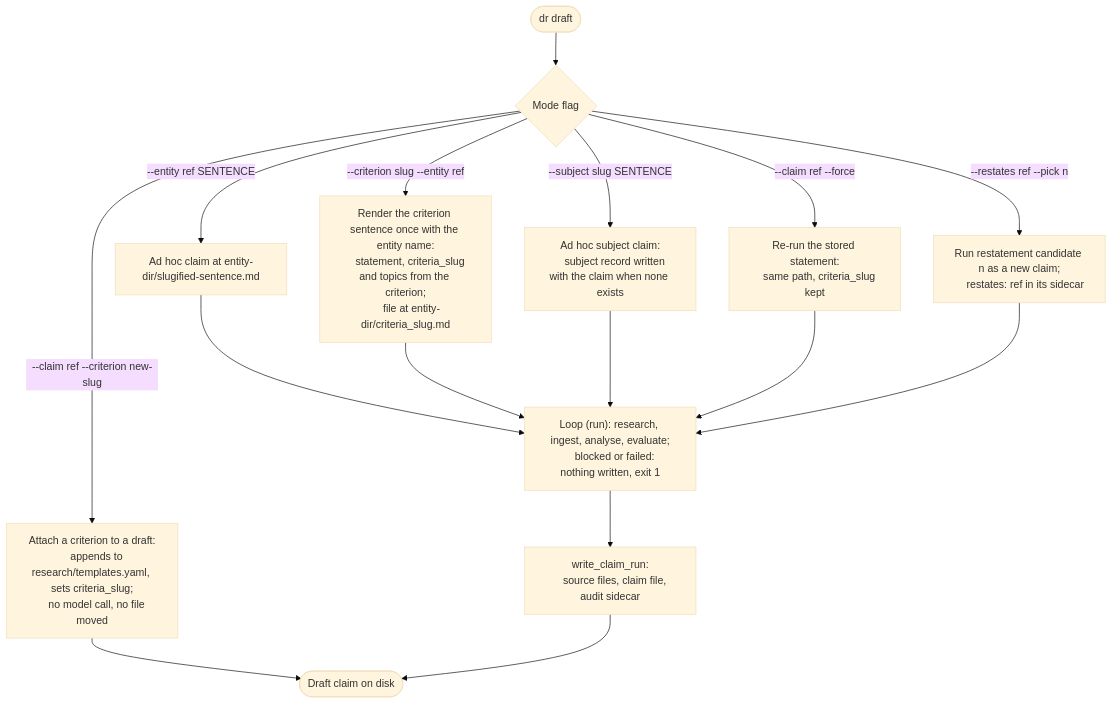
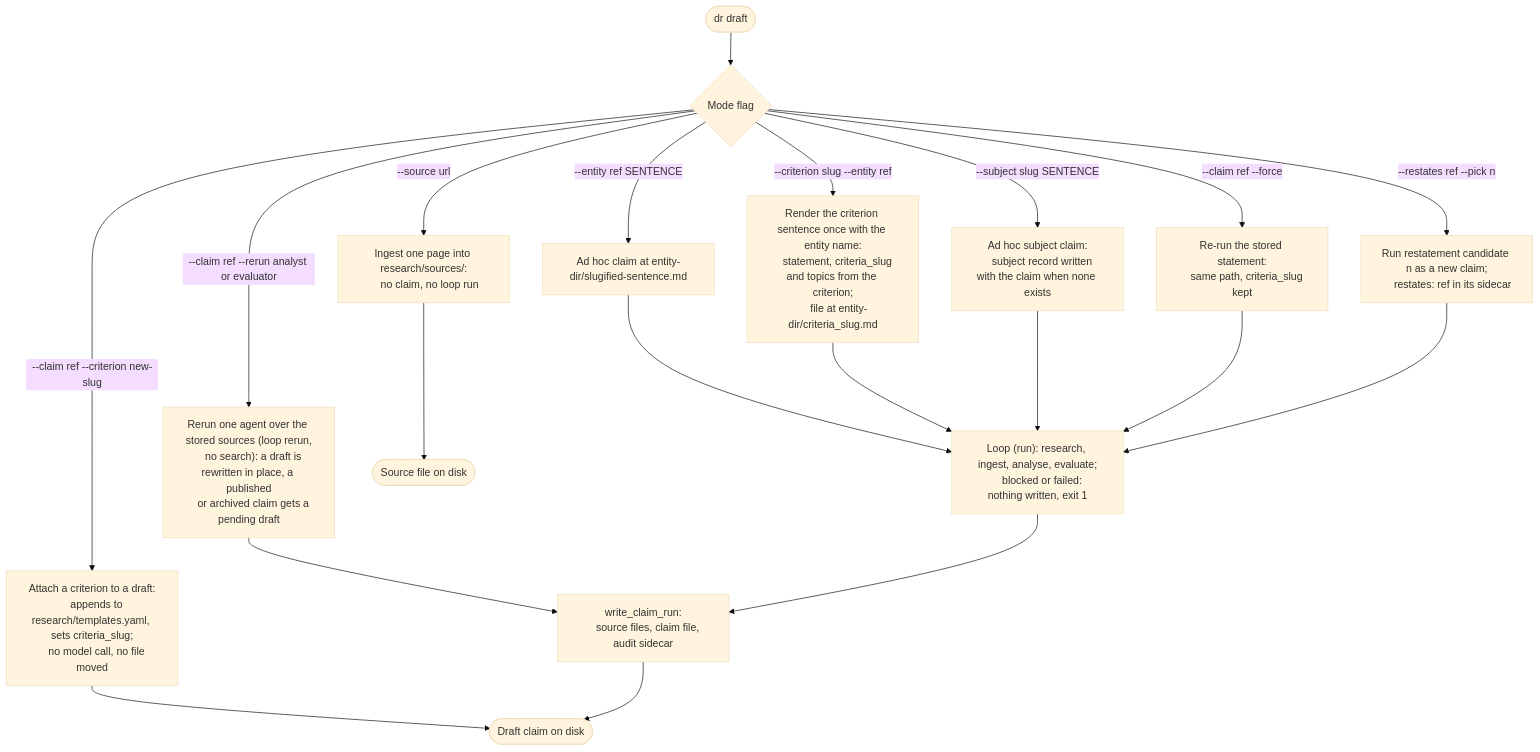
The fourth of 6 diagrams in docs/architecture/research-flow.md (dangerous-robot/site), drawn with Mermaid (base theme) before and after one commit. The commit also changed other lines of this file and 69 other files, not shown here.

````diff
--- a/docs/architecture/research-flow.md
+++ b/docs/architecture/research-flow.md
@@ -135,28 +132,35 @@
 ```mermaid
 flowchart TD
     A([dr draft]) --> M{Mode flag}
     M -->|--entity ref SENTENCE| R1[Ad hoc claim at entity-dir/slugified-sentence.md]
     M -->|--criterion slug --entity ref| R2["Render the criterion sentence once with the entity name:
     statement, criteria_slug and topics from the criterion;
     file at entity-dir/criteria_slug.md"]
     M -->|--subject slug SENTENCE| R3["Ad hoc subject claim:
     subject record written with the claim when none exists"]
     M -->|--claim ref --force| R4["Re-run the stored statement:
     same path, criteria_slug kept"]
     M -->|--claim ref --criterion new-slug| R5["Attach a criterion to a draft:
     appends to research/templates.yaml, sets criteria_slug;
     no model call, no file moved"]
     M -->|--restates ref --pick n| R6["Run restatement candidate n as a new claim;
     restates: ref in its sidecar"]
+    M -->|--claim ref --rerun analyst or evaluator| R7["Rerun one agent over the stored sources (loop rerun,
+    no search): a draft is rewritten in place, a published
+    or archived claim gets a pending draft"]
+    M -->|--source url| R8["Ingest one page into research/sources/:
+    no claim, no loop run"]
     R1 --> LOOP
     R2 --> LOOP
     R3 --> LOOP
     R4 --> LOOP
     R6 --> LOOP
+    R7 --> W
     LOOP["Loop (run): research, ingest, analyse, evaluate;
     blocked or failed: nothing written, exit 1"]
     LOOP --> W["write_claim_run:
     source files, claim file, audit sidecar"]
     R5 --> DONE([Draft claim on disk])
+    R8 --> DONE2([Source file on disk])
     W --> DONE
 ```
````
